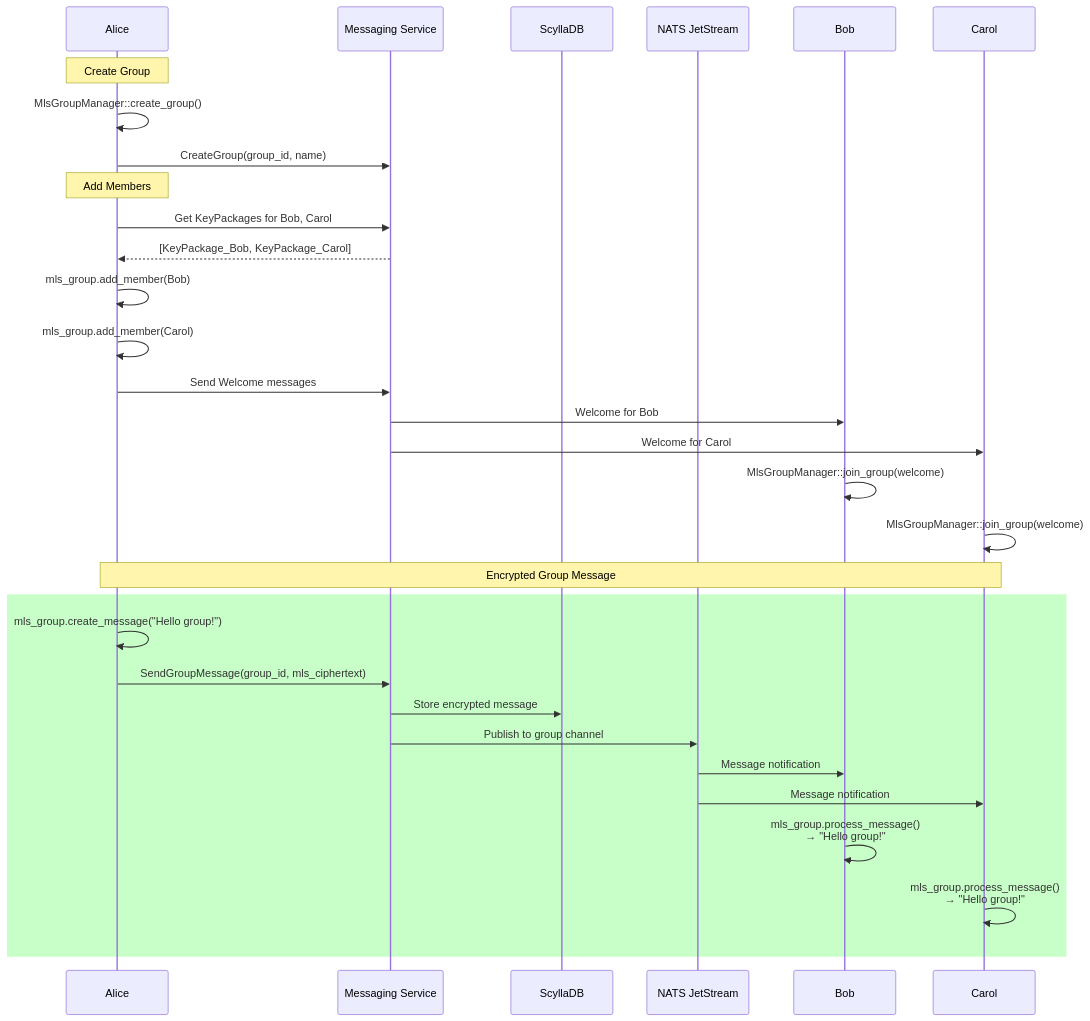
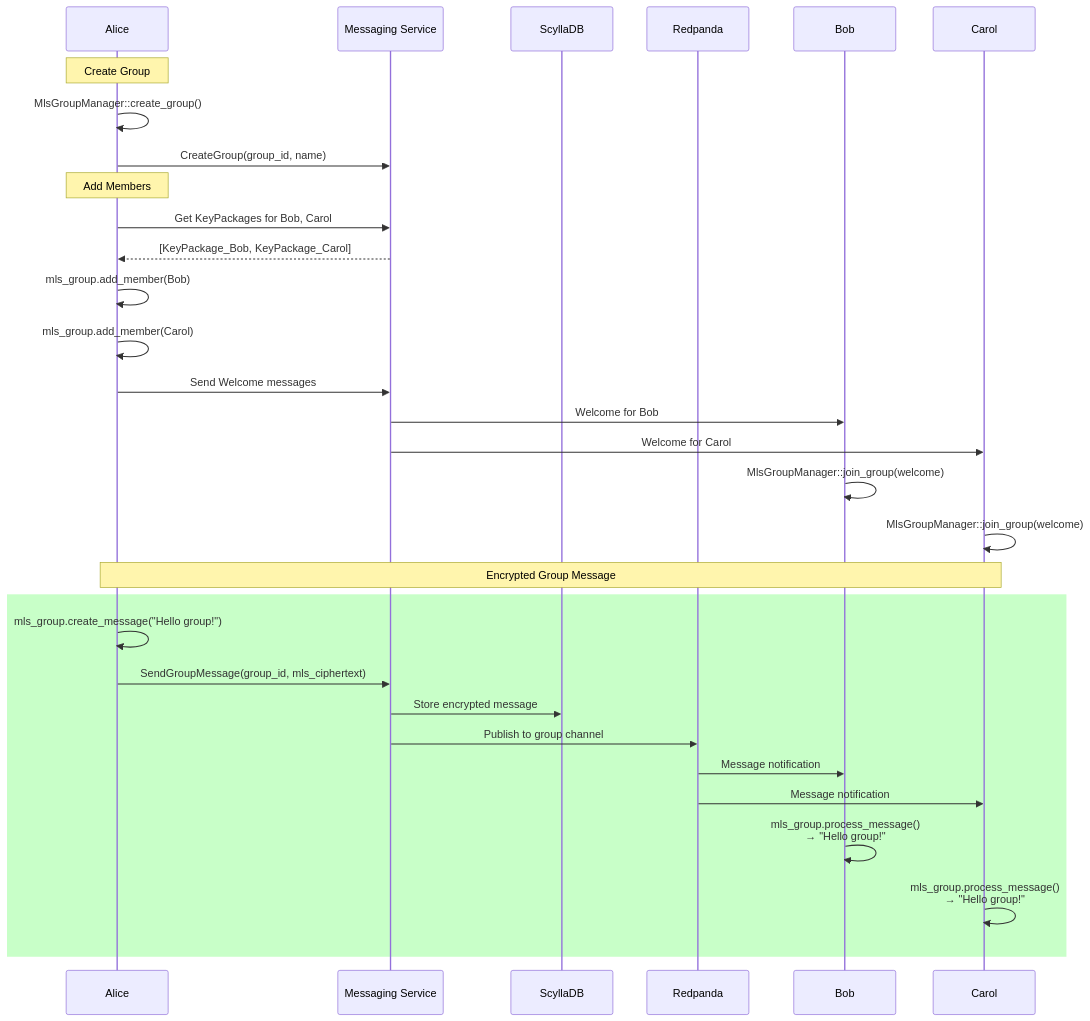
One commit to guardyn/guardyn changed diagram 19 of 23 in docs/ENCRYPTION_ARCHITECTURE.md. Above: the diagram before and after it, drawn with Mermaid. The commit also changed other lines of this file and 18 other files, not shown here.

First line of the commit message:
feat: migrate messaging from NATS to Redpanda

````diff
--- a/docs/ENCRYPTION_ARCHITECTURE.md
+++ b/docs/ENCRYPTION_ARCHITECTURE.md
@@ -657,40 +873,40 @@
 ```mermaid
 sequenceDiagram
     participant Alice as Alice
     participant MsgSvc as Messaging Service
     participant ScyllaDB as ScyllaDB
-    participant NATS as NATS JetStream
+    participant Redpanda as Redpanda
     participant Bob as Bob
     participant Carol as Carol
 
     Note over Alice: Create Group
     Alice->>Alice: MlsGroupManager::create_group()
     Alice->>MsgSvc: CreateGroup(group_id, name)
 
     Note over Alice: Add Members
     Alice->>MsgSvc: Get KeyPackages for Bob, Carol
     MsgSvc-->>Alice: [KeyPackage_Bob, KeyPackage_Carol]
     Alice->>Alice: mls_group.add_member(Bob)
     Alice->>Alice: mls_group.add_member(Carol)
     Alice->>MsgSvc: Send Welcome messages
 
     MsgSvc->>Bob: Welcome for Bob
     MsgSvc->>Carol: Welcome for Carol
 
     Bob->>Bob: MlsGroupManager::join_group(welcome)
     Carol->>Carol: MlsGroupManager::join_group(welcome)
 
     Note over Alice,Carol: Encrypted Group Message
     rect rgb(200, 255, 200)
         Alice->>Alice: mls_group.create_message("Hello group!")
         Alice->>MsgSvc: SendGroupMessage(group_id, mls_ciphertext)
         MsgSvc->>ScyllaDB: Store encrypted message
-        MsgSvc->>NATS: Publish to group channel
+        MsgSvc->>Redpanda: Publish to group channel
 
-        NATS->>Bob: Message notification
-        NATS->>Carol: Message notification
+        Redpanda->>Bob: Message notification
+        Redpanda->>Carol: Message notification
 
         Bob->>Bob: mls_group.process_message()<br/>→ "Hello group!"
         Carol->>Carol: mls_group.process_message()<br/>→ "Hello group!"
     end
 ```
````
